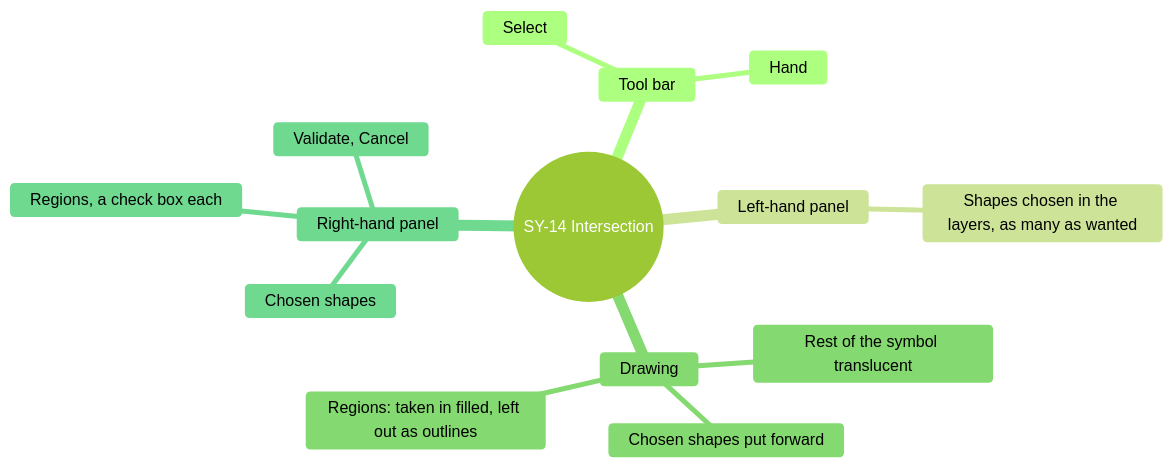
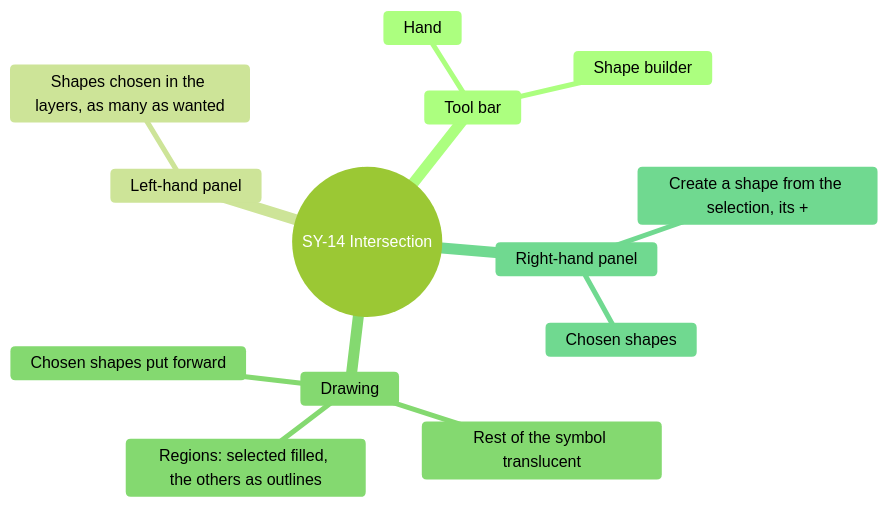
Before and after one commit to AlexandreGallais/synoptic-studio-spec: diagram 15 of 16 in screens/symbols.md, drawn with Mermaid (forest theme). The commit also changed other lines of this file and 7 other files, not shown here.

First line of the commit message:
docs(symbols): clip shapes like drawn shapes, shape builder for intersection

````diff
--- a/screens/symbols.md
+++ b/screens/symbols.md
@@ -644,17 +644,16 @@
 ```mermaid
 mindmap
   root((SY-14 Intersection))
     Tool bar
-      Select
       Hand
+      Shape builder
     Left-hand panel
       Shapes chosen in the layers, as many as wanted
     Drawing
       Chosen shapes put forward
       Rest of the symbol translucent
-      Regions: taken in filled, left out as outlines
+      Regions: selected filled, the others as outlines
     Right-hand panel
       Chosen shapes
-      Regions, a check box each
-      Validate, Cancel
+      Create a shape from the selection, its +
 ```
````
